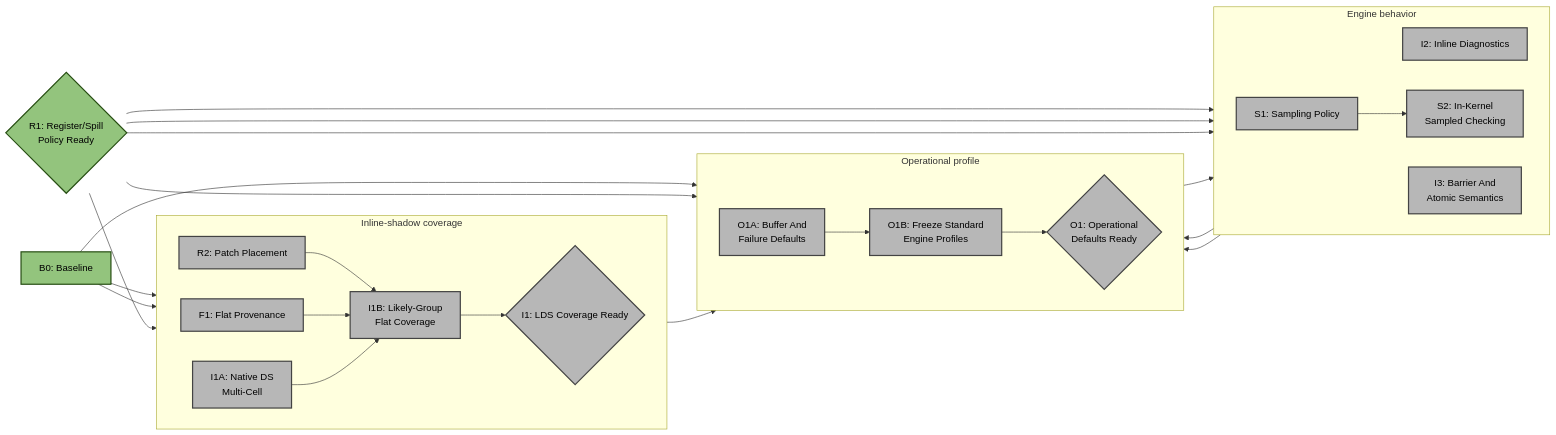
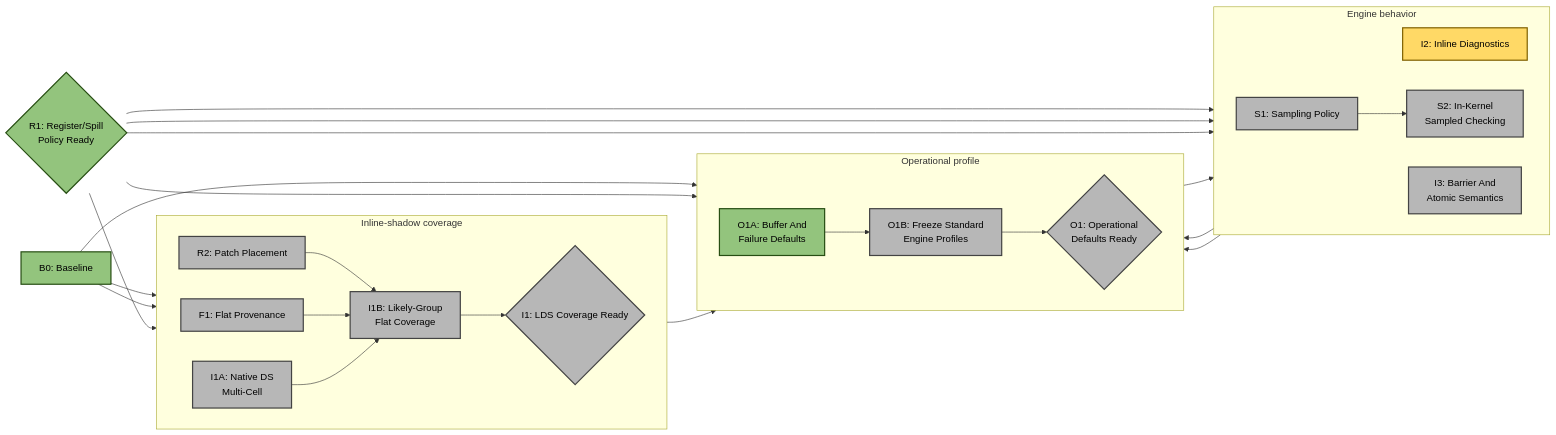
One commit to ROCm/rocm-systems changed the second of 4 diagrams in emulation/rocjitsu/docs/consan/PLAN.md. Above: the diagram before and after it, drawn with Mermaid. The commit also changed other lines of this file and 10 other files, not shown here.

````diff
--- a/emulation/rocjitsu/docs/consan/PLAN.md
+++ b/emulation/rocjitsu/docs/consan/PLAN.md
@@ -120,56 +120,56 @@
 ```mermaid
 flowchart LR
   B0["B0: Baseline"]:::done
   R1{"R1: Register/Spill<br/>Policy Ready"}:::done
 
   subgraph INLINE["Inline-shadow coverage"]
     direction LR
     R2["R2: Patch Placement"]:::todo
     F1["F1: Flat Provenance"]:::todo
     I1A["I1A: Native DS<br/>Multi-Cell"]:::todo
     I1B["I1B: Likely-Group<br/>Flat Coverage"]:::todo
     I1{"I1: LDS Coverage Ready"}:::todo
 
     R2 --> I1B
     F1 --> I1B
     I1A --> I1B
     I1B --> I1
   end
 
   subgraph BEHAVIOR["Engine behavior"]
     direction LR
-    I2["I2: Inline Diagnostics"]:::todo
+    I2["I2: Inline Diagnostics"]:::active
     I3["I3: Barrier And<br/>Atomic Semantics"]:::todo
     S1["S1: Sampling Policy"]:::todo
     S2["S2: In-Kernel<br/>Sampled Checking"]:::todo
 
     S1 --> S2
   end
 
   subgraph OPS["Operational profile"]
     direction LR
-    O1A["O1A: Buffer And<br/>Failure Defaults"]:::todo
+    O1A["O1A: Buffer And<br/>Failure Defaults"]:::done
     O1B["O1B: Freeze Standard<br/>Engine Profiles"]:::todo
     O1{"O1: Operational<br/>Defaults Ready"}:::todo
 
     O1A --> O1B
     O1B --> O1
   end
 
   B0 --> R2
   B0 --> F1
   B0 --> O1A
   R1 --> I1A
   R1 --> I2
   R1 --> I3
   R1 --> S1
   R1 --> O1B
   O1A --> I2
   I1 --> O1B
   I3 --> O1B
   S1 --> O1B
 
   classDef done fill:#93c47d,stroke:#274e13,stroke-width:2px,color:#000;
   classDef active fill:#ffd966,stroke:#7f6000,stroke-width:2px,color:#000;
   classDef todo fill:#b7b7b7,stroke:#434343,stroke-width:2px,color:#000;
 ```
````
